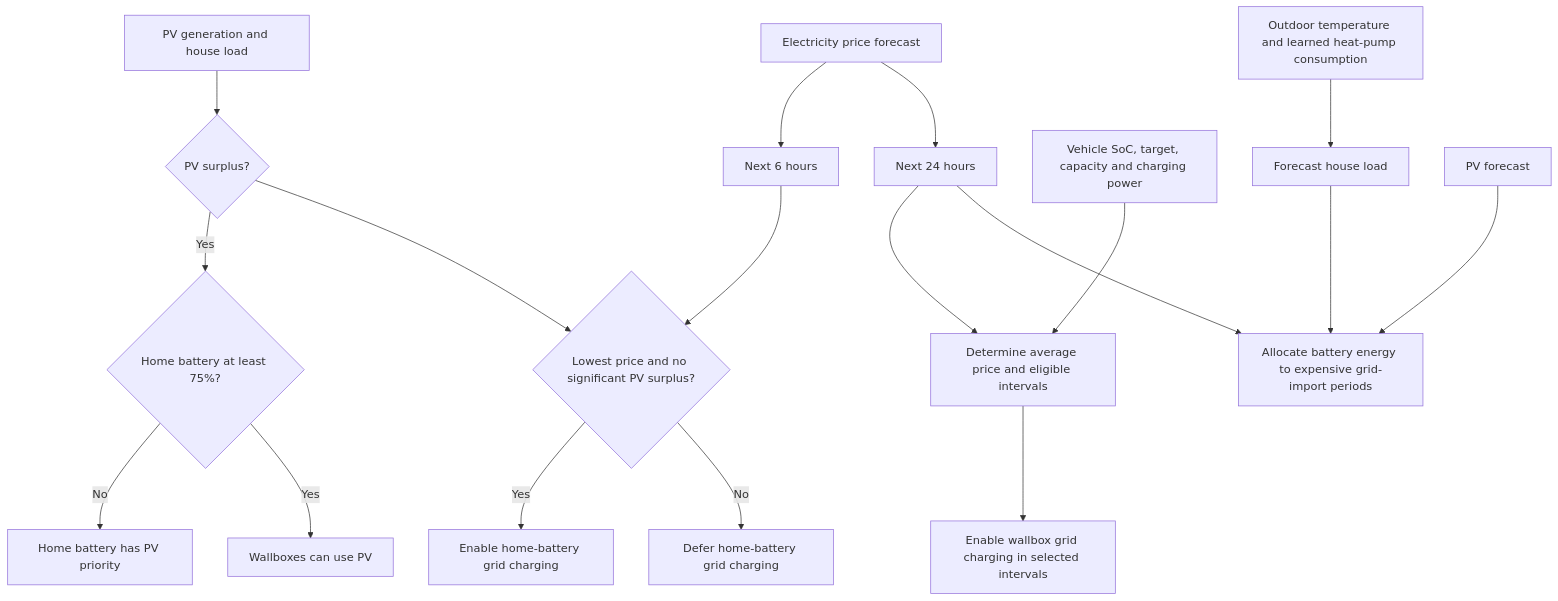
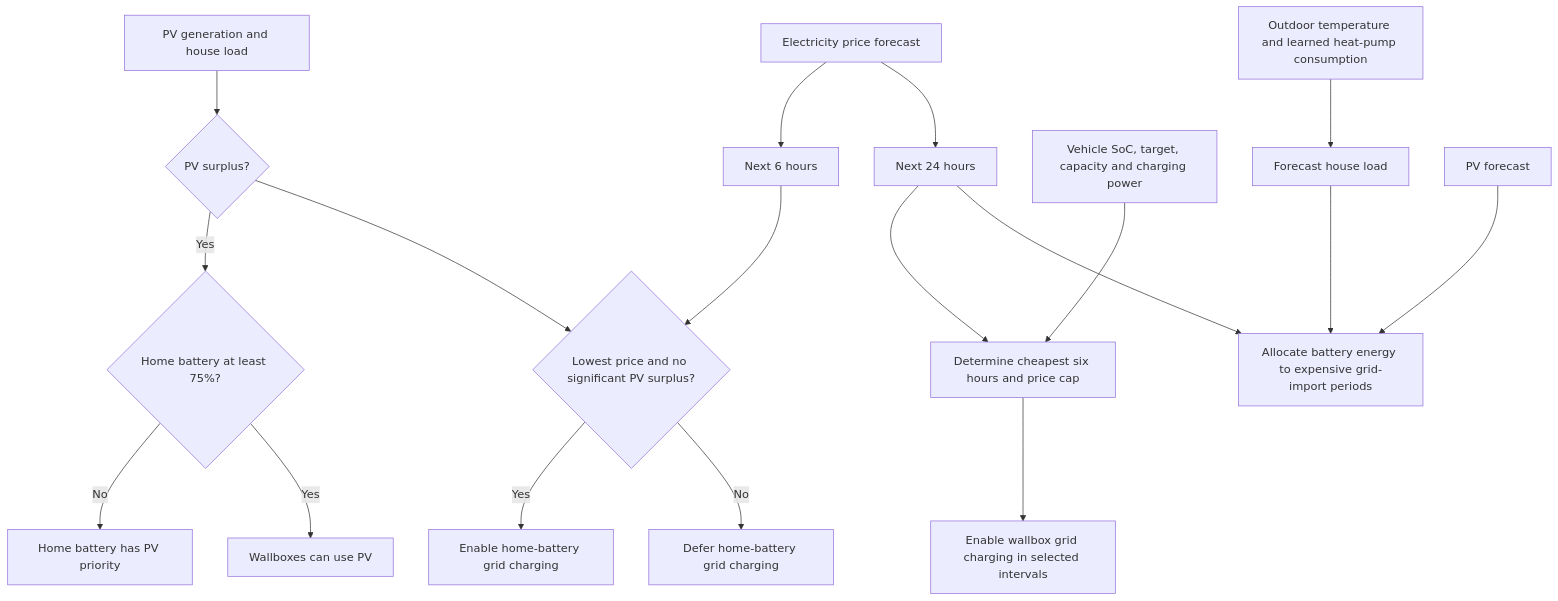
The diagram in home-assistant/evcc/EVCC_PREISOPTIMIERUNG.en.md (synb10se/docs), drawn with Mermaid before and after one commit. The commit also changed other lines of this file and 1 other file, not shown here.

````diff
--- a/home-assistant/evcc/EVCC_PREISOPTIMIERUNG.en.md
+++ b/home-assistant/evcc/EVCC_PREISOPTIMIERUNG.en.md
@@ -17,22 +17,22 @@
 ```mermaid
 flowchart TD
     PV["PV generation and house load"] --> U{"PV surplus?"}
     U -->|Yes| S{"Home battery at least 75%?"}
     S -->|No| B["Home battery has PV priority"]
     S -->|Yes| W["Wallboxes can use PV"]
 
     P["Electricity price forecast"] --> P6["Next 6 hours"]
     P6 --> G{"Lowest price and no significant PV surplus?"}
     U --> G
     G -->|Yes| N["Enable home-battery grid charging"]
     G -->|No| X["Defer home-battery grid charging"]
     P --> P24["Next 24 hours"]
-    P24 --> F["Determine average price and eligible intervals"]
+    P24 --> F["Determine cheapest six hours and price cap"]
     D["Vehicle SoC, target, capacity and charging power"] --> F
     F --> L["Enable wallbox grid charging in selected intervals"]
 
     T["Outdoor temperature and learned heat-pump consumption"] --> V["Forecast house load"]
     V --> E["Allocate battery energy to expensive grid-import periods"]
     P24 --> E
     PVF["PV forecast"] --> E
 ```
````
